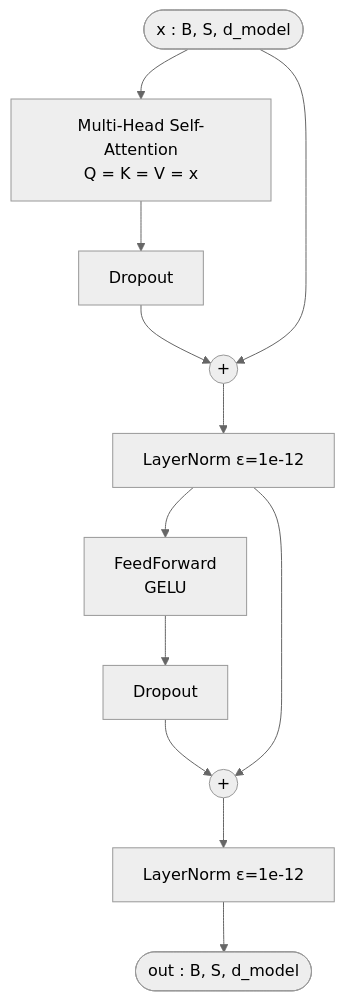
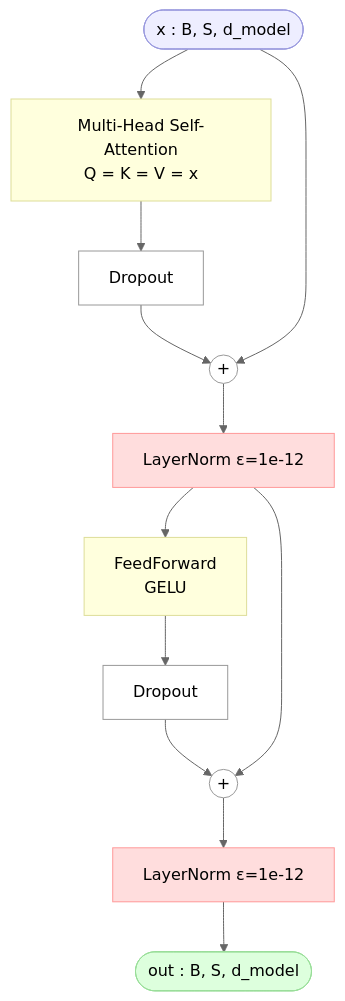
Before and after one commit to SamyamoyRakshit/papers-from-scratch: the diagram in BERT/docs/architecture/encoder.md, drawn with Mermaid (neutral theme).

Commit message:
Enhance encoder diagram styles for better visualization in architecture documentation

````diff
--- a/BERT/docs/architecture/encoder.md
+++ b/BERT/docs/architecture/encoder.md
@@ -39,11 +39,22 @@
 ```mermaid
 flowchart TB
     x([x : B, S, d_model]) --> attn[Multi-Head Self-Attention<br/>Q = K = V = x]
     attn --> d1[Dropout] --> add1((+))
     x --> add1
     add1 --> ln1[LayerNorm ε=1e-12]
     ln1 --> ff[FeedForward<br/>GELU] --> d2[Dropout] --> add2((+))
     ln1 --> add2
     add2 --> ln2[LayerNorm ε=1e-12]
     ln2 --> out([out : B, S, d_model])
+
+    style x fill:#eef,stroke:#99d,color:#000
+    style out fill:#dfd,stroke:#9d9,color:#000
+    style attn fill:#ffd,stroke:#dd9,color:#000
+    style ff fill:#ffd,stroke:#dd9,color:#000
+    style ln1 fill:#fdd,stroke:#f99,color:#000
+    style ln2 fill:#fdd,stroke:#f99,color:#000
+    style d1 fill:#fff,stroke:#999,color:#000
+    style d2 fill:#fff,stroke:#999,color:#000
+    style add1 fill:#fff,stroke:#999,color:#000
+    style add2 fill:#fff,stroke:#999,color:#000
 ```
````
